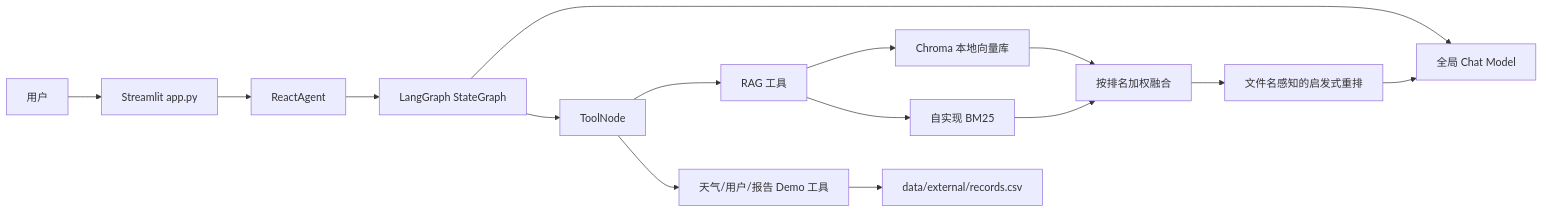
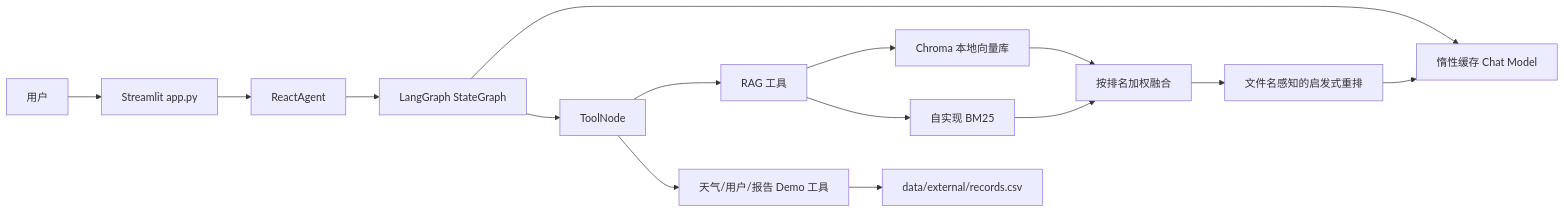
One commit to caowenying0722/Intelligent-Customer changed the diagram in docs/CURRENT_STATE.md. Above: the diagram before and after it, drawn with Mermaid. The commit also changed other lines of this file and 13 other files, not shown here.

````diff
--- a/docs/CURRENT_STATE.md
+++ b/docs/CURRENT_STATE.md
@@ -22,17 +22,17 @@
 ```mermaid
 flowchart LR
     U[用户] --> UI[Streamlit app.py]
     UI --> RA[ReactAgent]
     RA --> LG[LangGraph StateGraph]
-    LG --> LLM[全局 Chat Model]
+    LG --> LLM[惰性缓存 Chat Model]
     LG --> TN[ToolNode]
     TN --> RT[RAG 工具]
     TN --> DT[天气/用户/报告 Demo 工具]
     RT --> VS[Chroma 本地向量库]
     RT --> BM[自实现 BM25]
     VS --> HR[按排名加权融合]
     BM --> HR
     HR --> RR[文件名感知的启发式重排]
     RR --> LLM
     DT --> CSV[data/external/records.csv]
 ```
````
